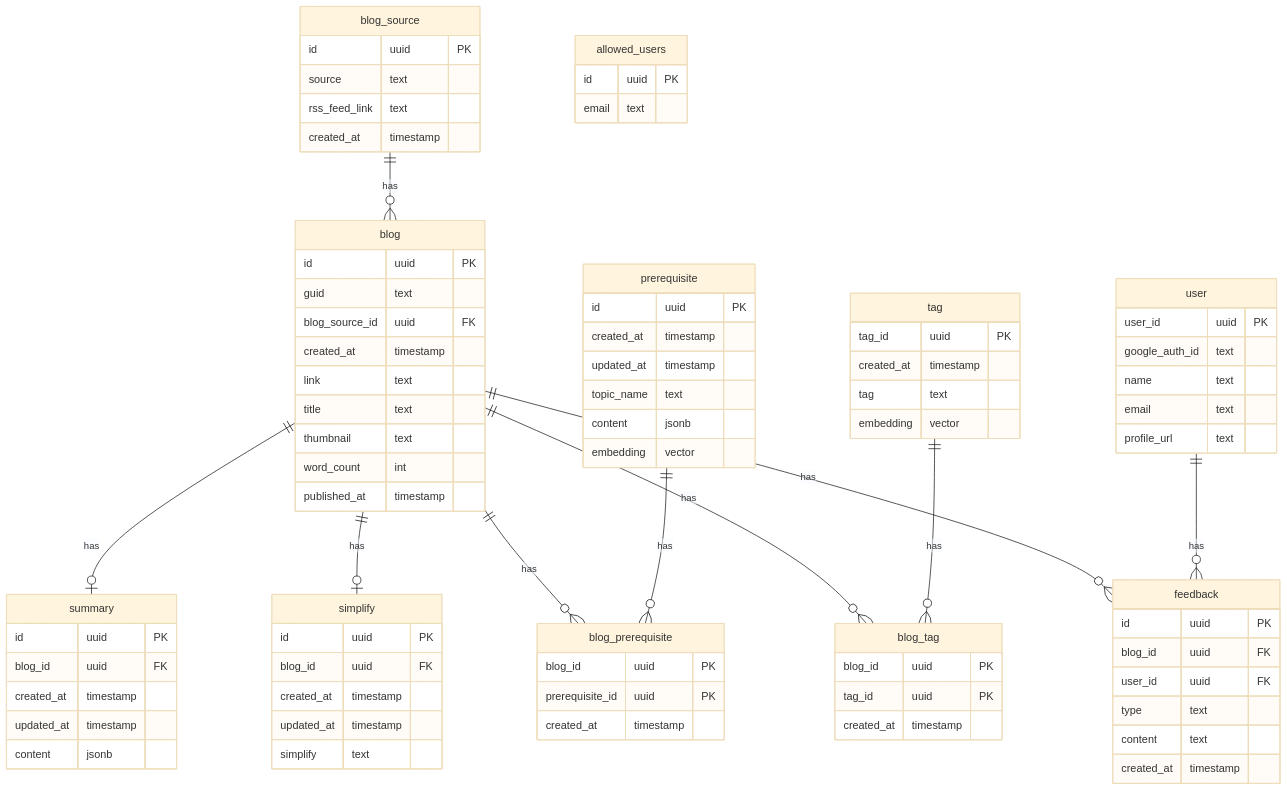
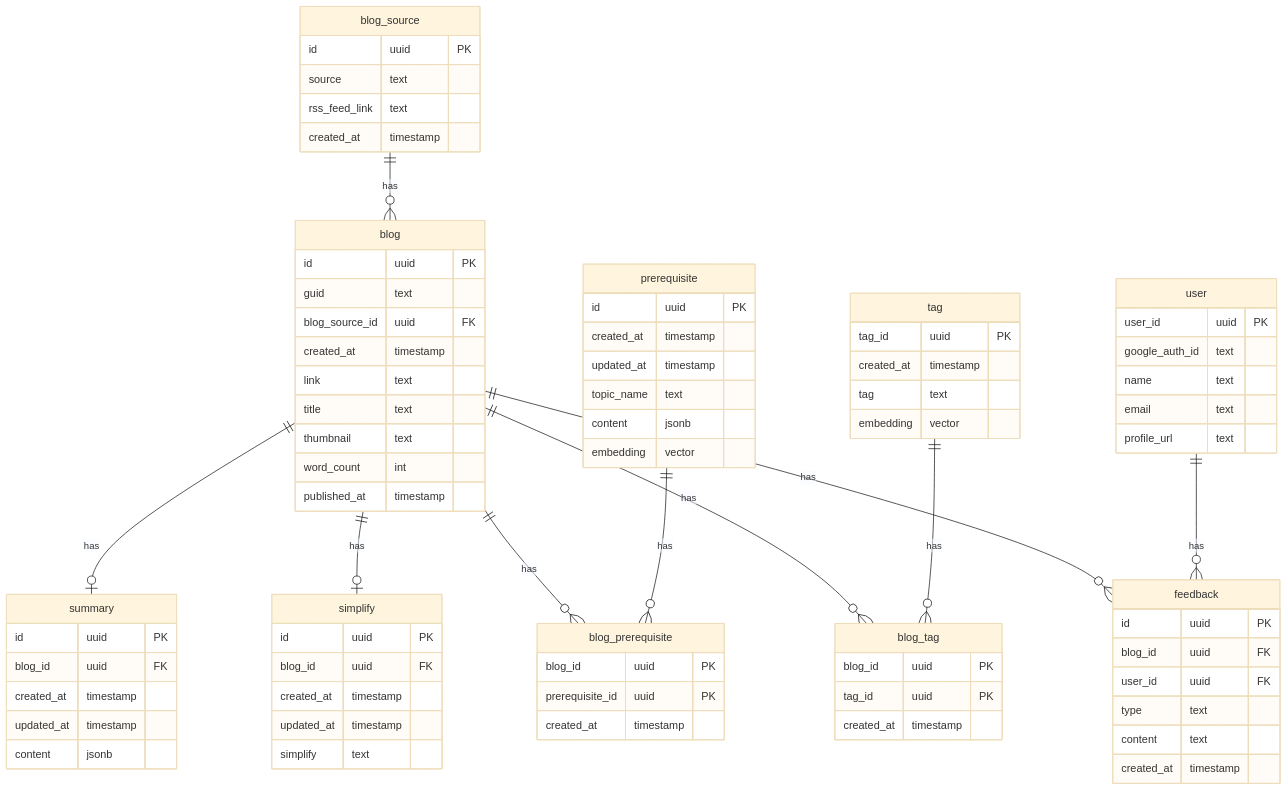
One commit to mridubhatnagar/enggfeed changed the diagram in docs/schema.md. Above: the diagram before and after it, drawn with Mermaid (base theme). The commit also changed other lines of this file and 14 other files, not shown here.

```diff
--- a/docs/schema.md
+++ b/docs/schema.md
@@ -224,11 +214,6 @@
         profile_url text
     }
 
-    allowed_users {
-        id uuid PK
-        email text
-    }
-
     feedback {
         id uuid PK
         blog_id uuid FK
```
